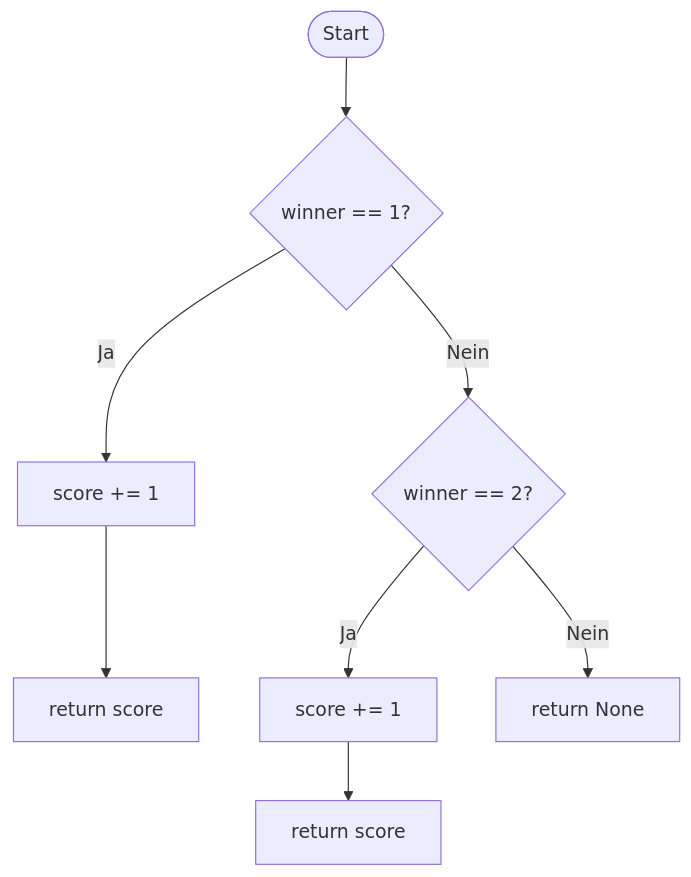
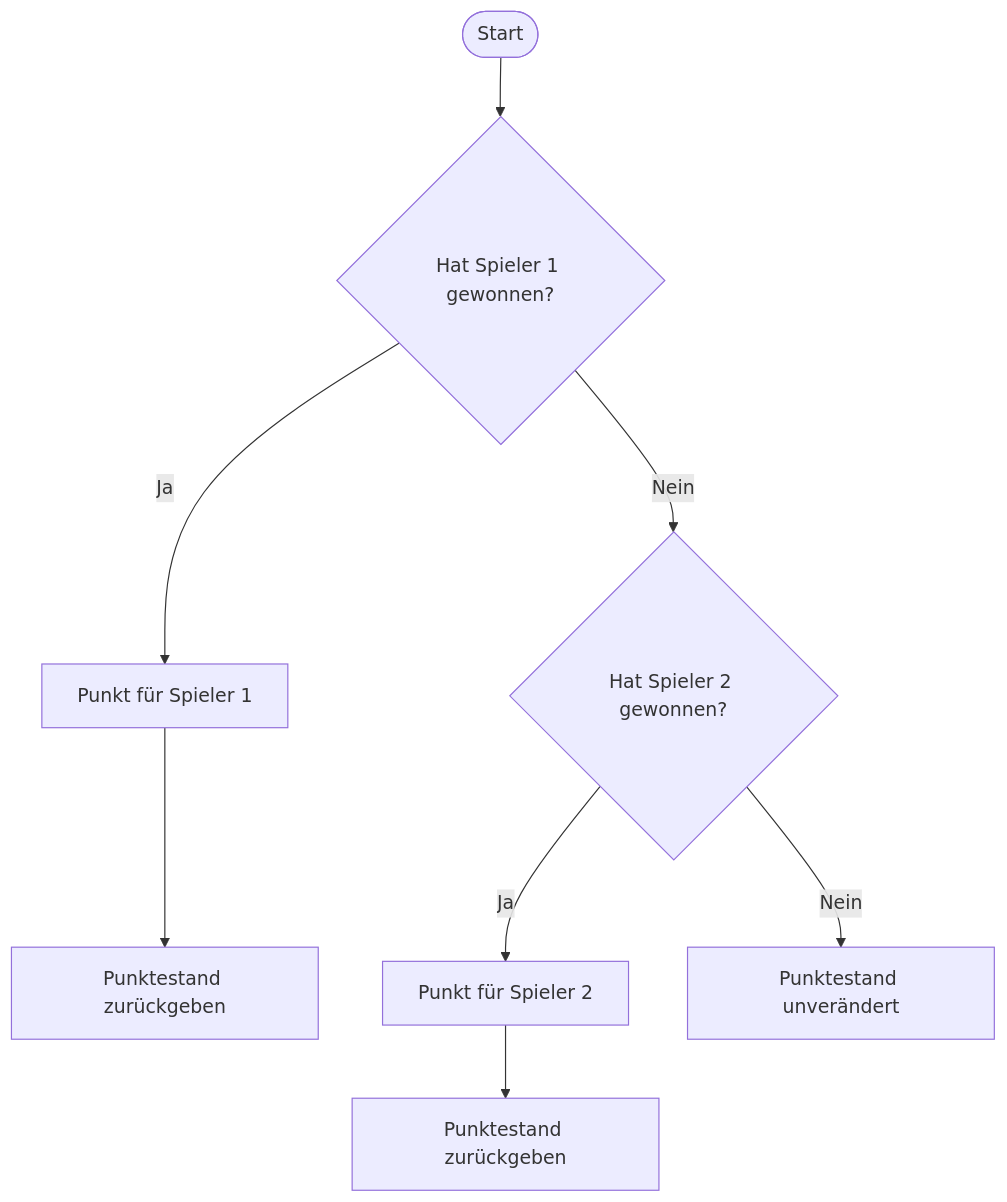
The sixth of 13 diagrams in flowchart.md (Finn965/Informatik-1-Softwareprojekt), drawn with Mermaid before and after one commit. The commit also changed other lines of this file, not shown here.

````diff
--- a/flowchart.md
+++ b/flowchart.md
@@ -116,11 +116,11 @@
 ```mermaid
 flowchart TD
     Start([Start])
-    Start --> Check1{"winner == 1?"}
-    Check1 -- Ja --> Inc1["score += 1"]
-    Inc1 --> Return1["return score"]
-    Check1 -- Nein --> Check2{"winner == 2?"}
-    Check2 -- Ja --> Inc2["score += 1"]
-    Inc2 --> Return2["return score"]
-    Check2 -- Nein --> ReturnNone["return None"]
+    Start --> Check1{"Hat Spieler 1 gewonnen?"}
+    Check1 -- Ja --> Inc1["Punkt für Spieler 1"]
+    Inc1 --> Return1["Punktestand zurückgeben"]
+    Check1 -- Nein --> Check2{"Hat Spieler 2 gewonnen?"}
+    Check2 -- Ja --> Inc2["Punkt für Spieler 2"]
+    Inc2 --> Return2["Punktestand zurückgeben"]
+    Check2 -- Nein --> ReturnNone["Punktestand unverändert"]
 ```
````
